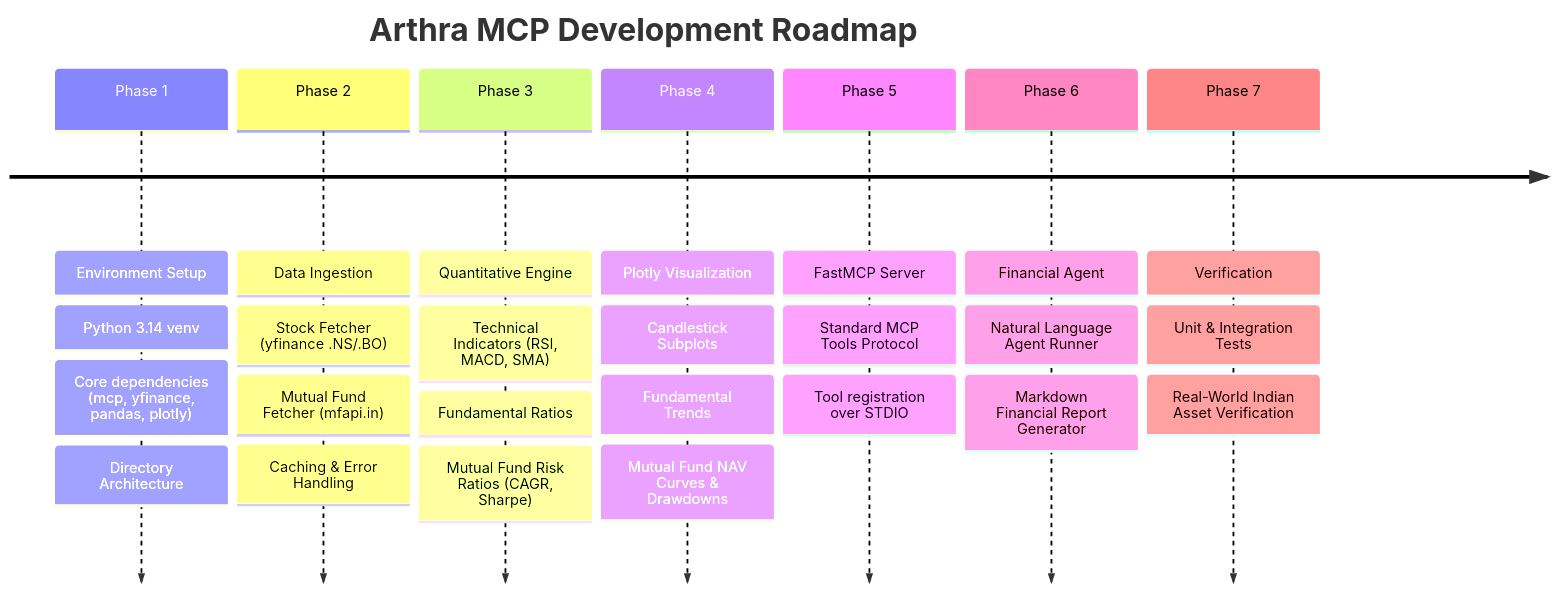
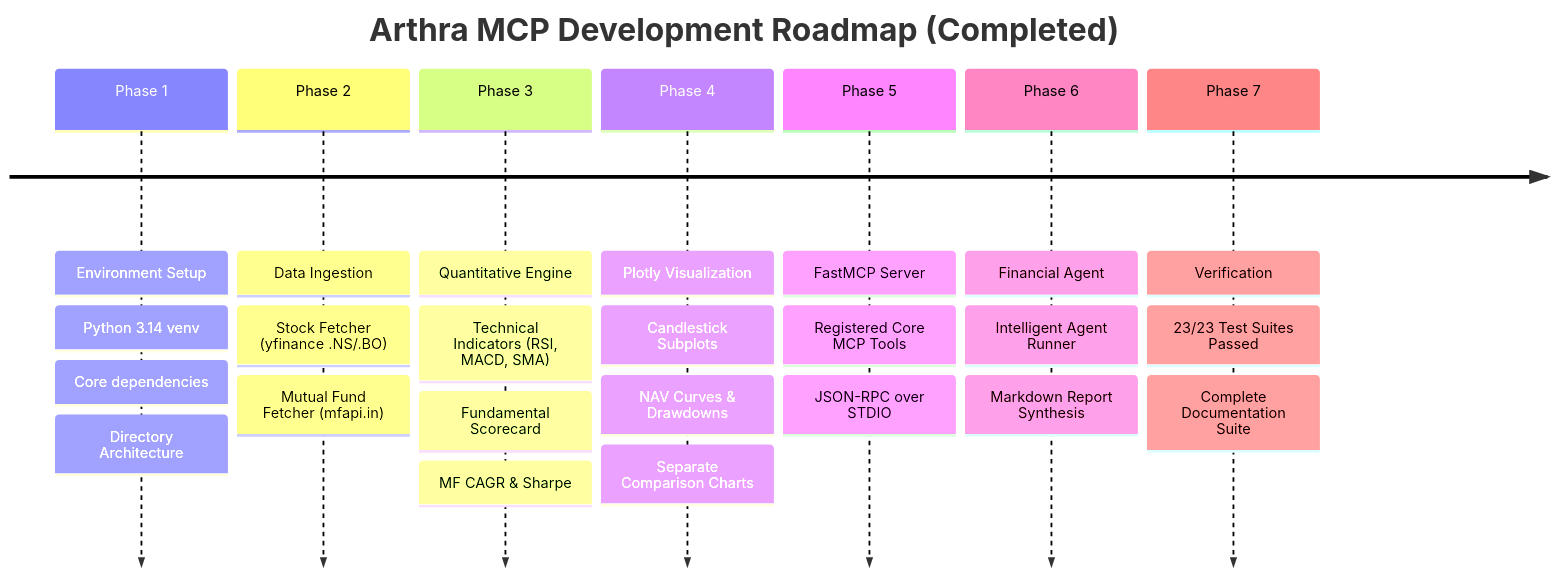
Before and after one commit to akapoor30/Arthra-MCP: the second of 2 diagrams in README.md, drawn with Mermaid. The commit also changed other lines of this file and 3 other files, not shown here.

````diff
--- a/README.md
+++ b/README.md
@@ -45,11 +46,11 @@
 ```mermaid
 timeline
-    title Arthra MCP Development Roadmap
-    Phase 1 : Environment Setup : Python 3.14 venv : Core dependencies (mcp, yfinance, pandas, plotly) : Directory Architecture
-    Phase 2 : Data Ingestion : Stock Fetcher (yfinance .NS/.BO) : Mutual Fund Fetcher (mfapi.in) : Caching & Error Handling
-    Phase 3 : Quantitative Engine : Technical Indicators (RSI, MACD, SMA) : Fundamental Ratios : Mutual Fund Risk Ratios (CAGR, Sharpe)
-    Phase 4 : Plotly Visualization : Candlestick Subplots : Fundamental Trends : Mutual Fund NAV Curves & Drawdowns
-    Phase 5 : FastMCP Server : Standard MCP Tools Protocol : Tool registration over STDIO
-    Phase 6 : Financial Agent : Natural Language Agent Runner : Markdown Financial Report Generator
-    Phase 7 : Verification : Unit & Integration Tests : Real-World Indian Asset Verification
+    title Arthra MCP Development Roadmap (Completed)
+    Phase 1 : Environment Setup : Python 3.14 venv : Core dependencies : Directory Architecture
+    Phase 2 : Data Ingestion : Stock Fetcher (yfinance .NS/.BO) : Mutual Fund Fetcher (mfapi.in)
+    Phase 3 : Quantitative Engine : Technical Indicators (RSI, MACD, SMA) : Fundamental Scorecard : MF CAGR & Sharpe
+    Phase 4 : Plotly Visualization : Candlestick Subplots : NAV Curves & Drawdowns : Separate Comparison Charts
+    Phase 5 : FastMCP Server : Registered Core MCP Tools : JSON-RPC over STDIO
+    Phase 6 : Financial Agent : Intelligent Agent Runner : Markdown Report Synthesis
+    Phase 7 : Verification : 23/23 Test Suites Passed : Complete Documentation Suite
 ```
````
